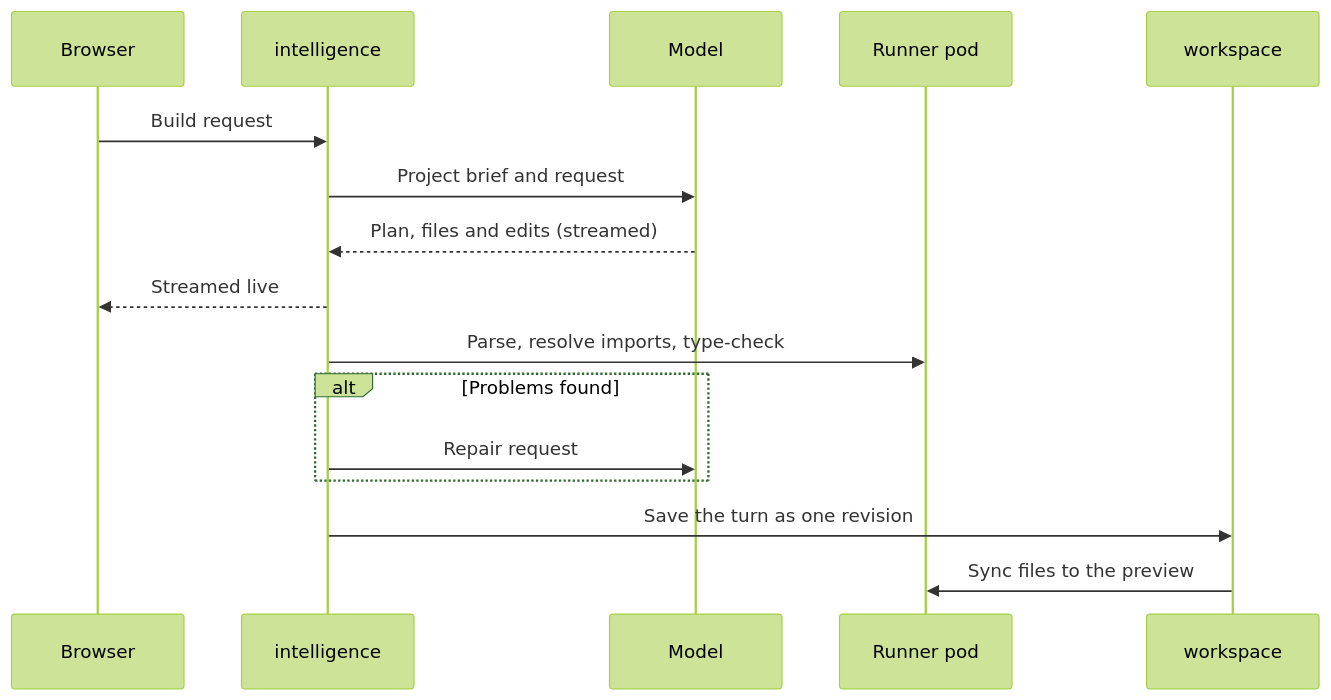
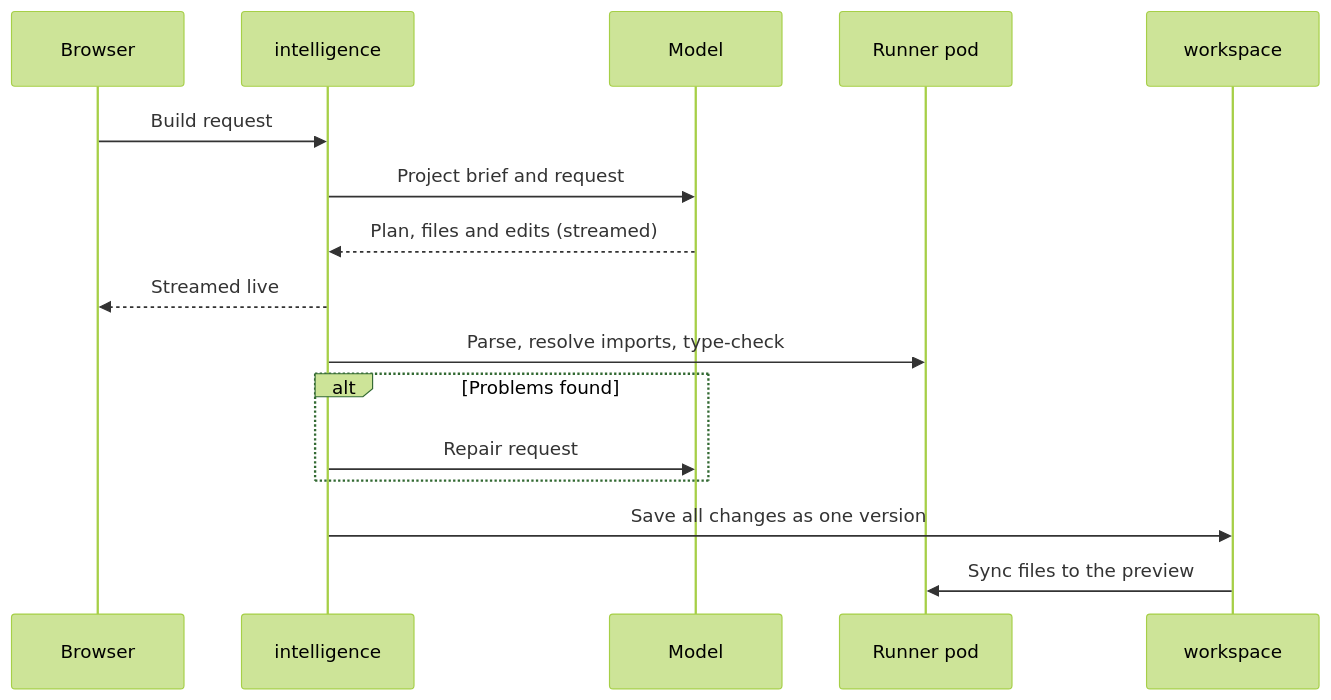
The second of 2 diagrams in README.md (Divyanshu2805/singularity), drawn with Mermaid (forest theme) before and after one commit. The commit also changed other lines of this file, not shown here.

````diff
--- a/README.md
+++ b/README.md
@@ -98,18 +114,18 @@
 ```mermaid
 sequenceDiagram
     participant U as Browser
     participant I as intelligence
     participant L as Model
     participant P as Runner pod
     participant W as workspace
     U->>I: Build request
     I->>L: Project brief and request
     L-->>I: Plan, files and edits (streamed)
     I-->>U: Streamed live
     I->>P: Parse, resolve imports, type-check
     alt Problems found
         I->>L: Repair request
     end
-    I->>W: Save the turn as one revision
+    I->>W: Save all changes as one version
     W->>P: Sync files to the preview
 ```
````
